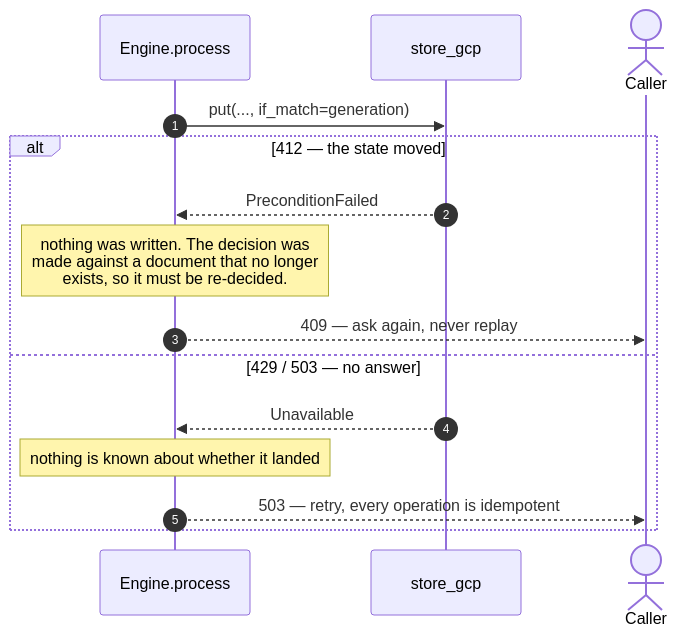
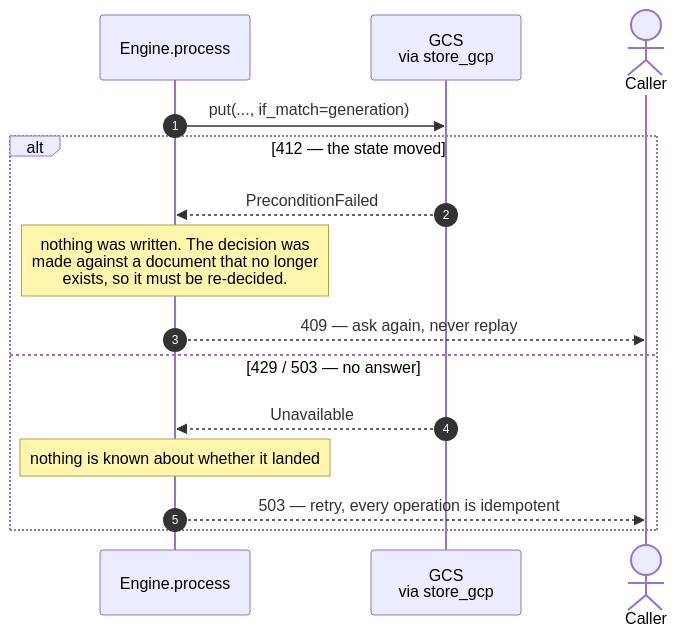
The third of 6 diagrams in code/final/SEQUENCE.md (resonatehq/durable-execution), drawn with Mermaid before and after one commit. The commit also changed other lines of this file, not shown here.

First line of the commit message:
final: say what each lifeline in SEQUENCE.md actually is

````diff
--- a/code/final/SEQUENCE.md
+++ b/code/final/SEQUENCE.md
@@ -91,19 +118,19 @@
 ```mermaid
 sequenceDiagram
     autonumber
     participant E as Engine.process
-    participant S as store_gcp
+    participant S as GCS<br/>via store_gcp
     actor C as Caller
 
     E->>S: put(..., if_match=generation)
 
     alt 412 — the state moved
         S-->>E: PreconditionFailed
         Note over E: nothing was written. The decision was<br/>made against a document that no longer<br/>exists, so it must be re-decided.
         E-->>C: 409 — ask again, never replay
     else 429 / 503 — no answer
         S-->>E: Unavailable
         Note over E: nothing is known about whether it landed
         E-->>C: 503 — retry, every operation is idempotent
     end
 ```
````
